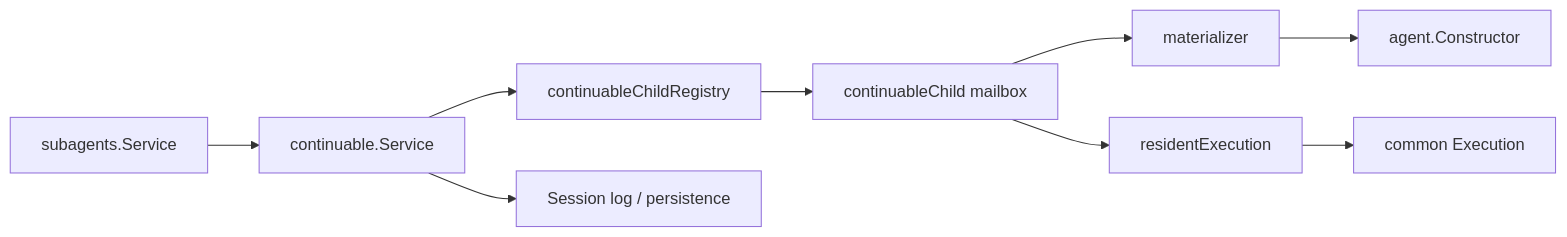
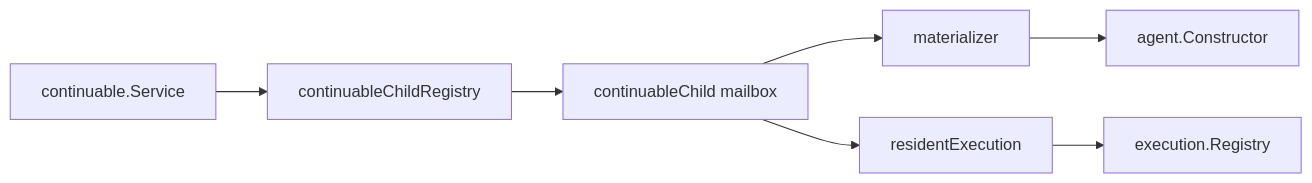
Before and after one commit to gorenx/goren: the diagram in subagent/internal/continuable/README.zh-CN.md, drawn with Mermaid. The commit also changed other lines of this file and 29 other files, not shown here.

````diff
--- a/subagent/internal/continuable/README.zh-CN.md
+++ b/subagent/internal/continuable/README.zh-CN.md
@@ -5,11 +5,9 @@
 ```mermaid
 flowchart LR
-    Service[subagents.Service] --> Continue[continuable.Service]
-    Continue --> Children[continuableChildRegistry]
-    Children --> Child[continuableChild mailbox]
+    Service[continuable.Service] --> Registry[continuableChildRegistry]
+    Registry --> Child[continuableChild mailbox]
     Child --> Materializer[materializer]
+    Materializer --> Constructor[agent.Constructor]
     Child --> Resident[residentExecution]
-    Materializer --> Constructor[agent.Constructor]
-    Resident --> Execution[common Execution]
-    Continue --> Session[Session log / persistence]
+    Resident --> Index[execution.Registry]
 ```
````
